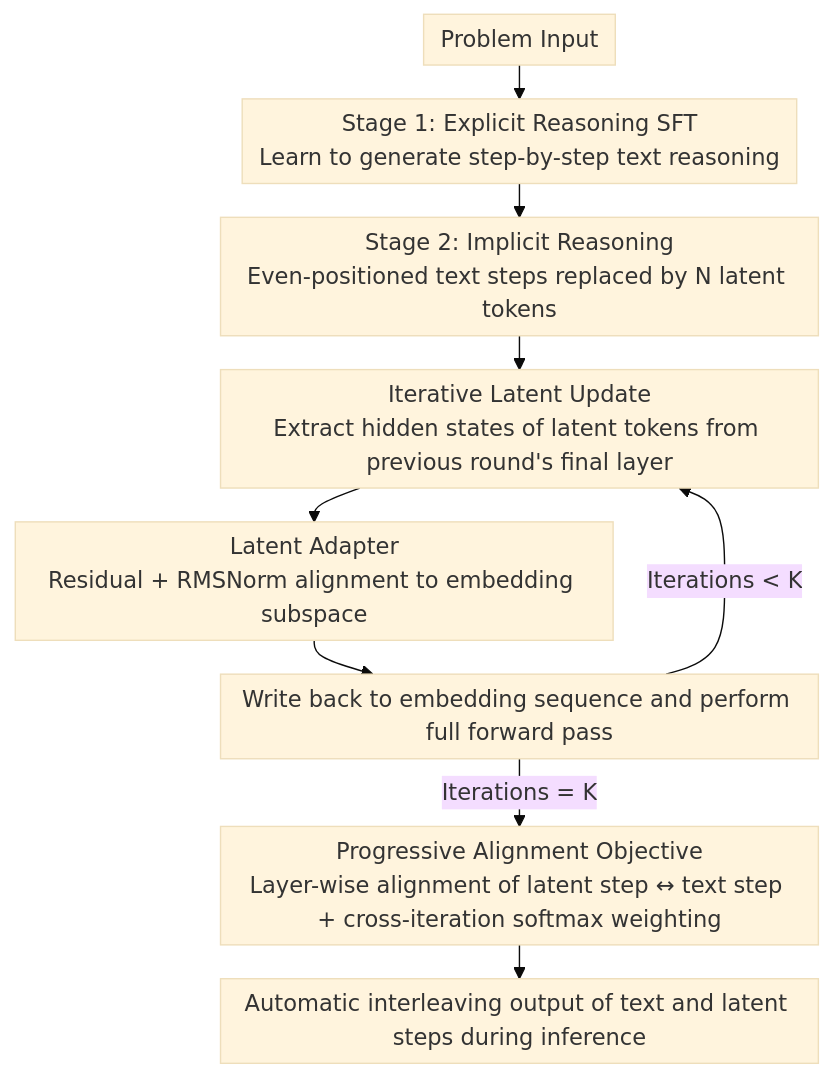
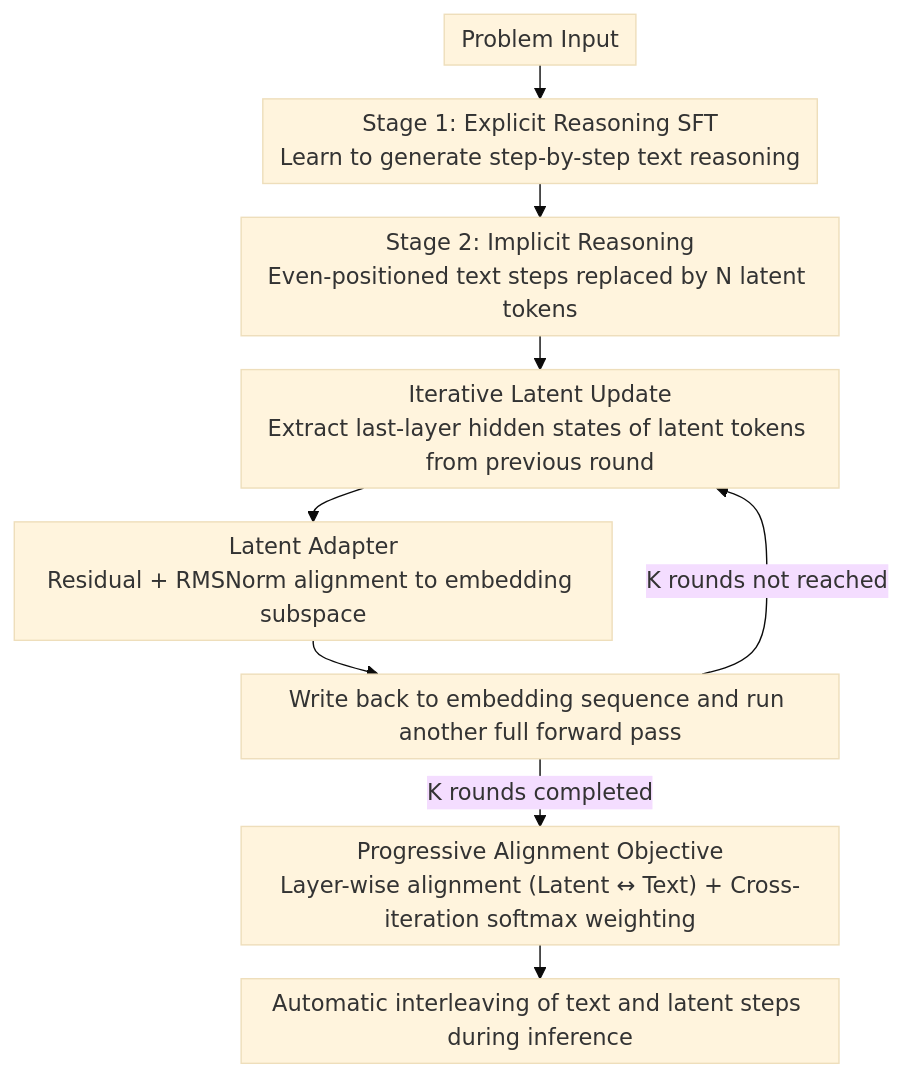
Before and after one commit to zhaoyang97/Paper-Notes-en: the diagram in docs/ACL2026/reinforcement_learning/spiralthinker_latent_reasoning_through_an_iterative_process_with_text-latent_int.md, drawn with Mermaid (base theme). The commit also changed other lines of this file and 5084 other files, not shown here.

````diff
--- a/docs/ACL2026/reinforcement_learning/spiralthinker_latent_reasoning_through_an_iterative_process_with_text-latent_int.md
+++ b/docs/ACL2026/reinforcement_learning/spiralthinker_latent_reasoning_through_an_iterative_process_with_text-latent_int.md
@@ -44,12 +44,12 @@
 ```mermaid
 %%{init: {'flowchart': {'rankSpacing': 24, 'nodeSpacing': 28, 'padding': 6, 'wrappingWidth': 400}}}%%
 flowchart TD
     A["Problem Input"] --> B["Stage 1: Explicit Reasoning SFT<br/>Learn to generate step-by-step text reasoning"]
     B --> C["Stage 2: Implicit Reasoning<br/>Even-positioned text steps replaced by N latent tokens"]
-    C --> D["Iterative Latent Update<br/>Extract hidden states of latent tokens from previous round's final layer"]
+    C --> D["Iterative Latent Update<br/>Extract last-layer hidden states of latent tokens from previous round"]
     D --> E["Latent Adapter<br/>Residual + RMSNorm alignment to embedding subspace"]
-    E --> F["Write back to embedding sequence and perform full forward pass"]
-    F -->|Iterations < K| D
-    F -->|Iterations = K| G["Progressive Alignment Objective<br/>Layer-wise alignment of latent step ↔ text step + cross-iteration softmax weighting"]
-    G --> H["Automatic interleaving output of text and latent steps during inference"]
+    E --> F["Write back to embedding sequence and run another full forward pass"]
+    F -->|K rounds not reached| D
+    F -->|K rounds completed| G["Progressive Alignment Objective<br/>Layer-wise alignment (Latent ↔ Text) + Cross-iteration softmax weighting"]
+    G --> H["Automatic interleaving of text and latent steps during inference"]
 ```
````
